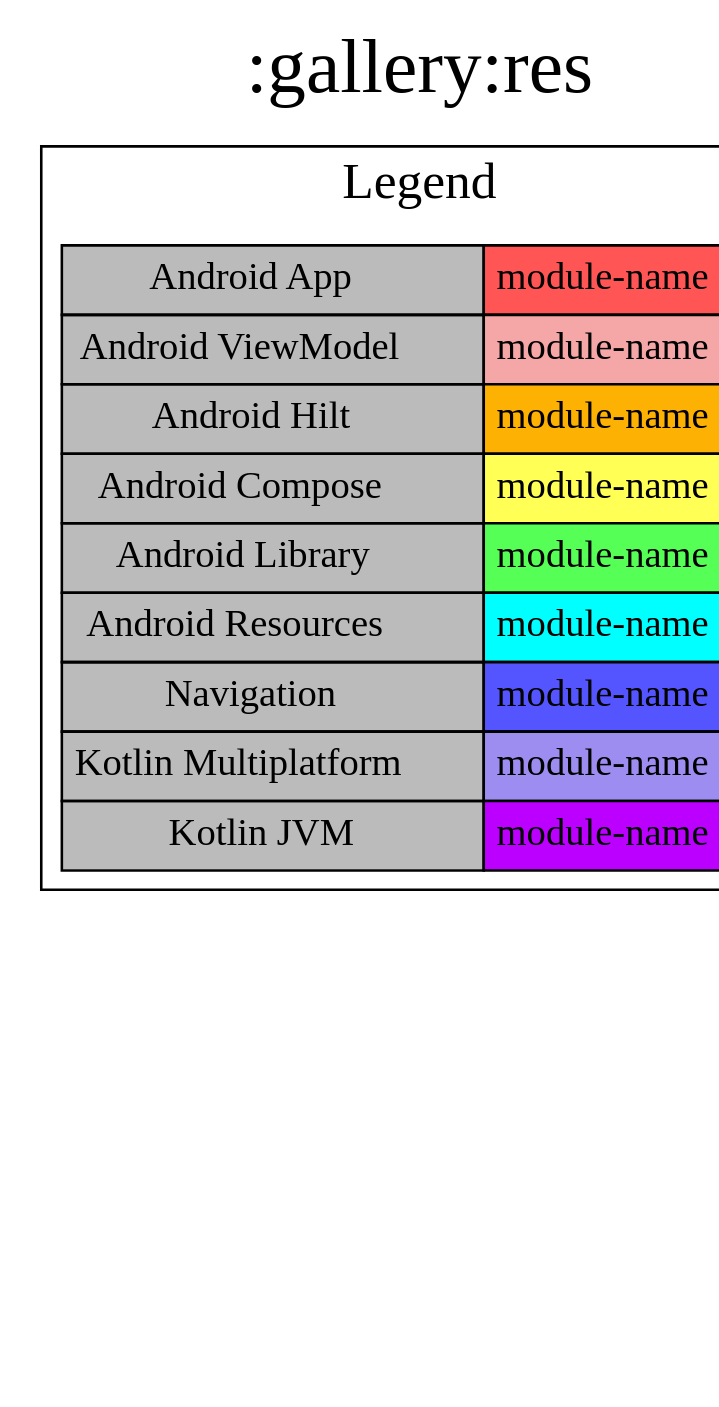
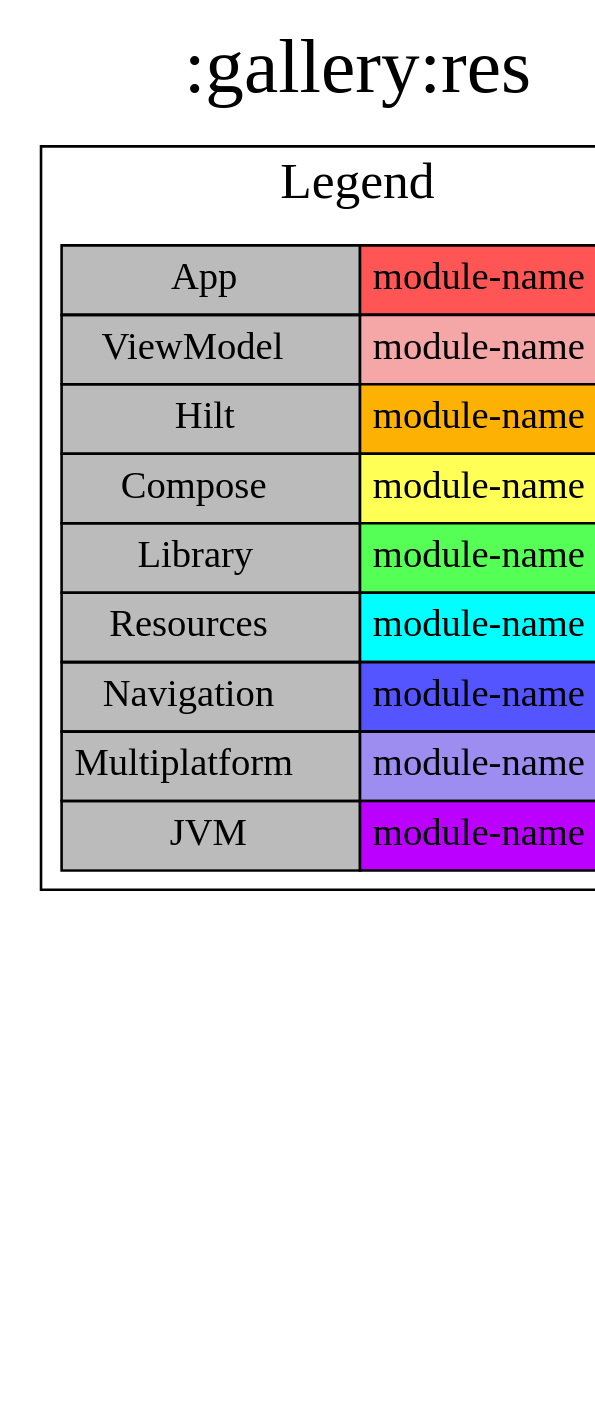
Before and after one commit to jonapoul/nasa-android: the diagram in modules/gallery/res/project-dependency-graph.dot, drawn with Graphviz. The commit also changed 236 other files, not shown here.

```diff
--- a/modules/gallery/res/project-dependency-graph.dot
+++ b/modules/gallery/res/project-dependency-graph.dot
@@ -1,28 +1,28 @@
 digraph {
 edge ["dir"="forward"]
 graph ["dpi"="100","label"=":gallery:res","labelloc"="t","fontsize"="30","ranksep"="2.5","rankdir"="TB"]
 node ["style"="filled"]
 ":gallery:res" ["shape"="box","fillcolor"="#00FFFF"]
 {
 edge ["dir"="none"]
 graph ["rank"="same"]
 ":gallery:res"
 }
 subgraph "cluster_legend" {
 edge ["dir"="none"]
 graph ["label"="Legend","fontsize"="20"]
 "Legend" ["style"="filled","fillcolor"="#bbbbbb","shape"="none","margin"="0","fontsize"="15","label"=<
 <TABLE BORDER="0" CELLBORDER="1" CELLSPACING="0" CELLPADDING="4">
-<TR><TD>Android App</TD><TD BGCOLOR="#FF5555">module-name</TD></TR>
-<TR><TD>Android ViewModel</TD><TD BGCOLOR="#F5A6A6">module-name</TD></TR>
-<TR><TD>Android Hilt</TD><TD BGCOLOR="#FCB103">module-name</TD></TR>
-<TR><TD>Android Compose</TD><TD BGCOLOR="#FFFF55">module-name</TD></TR>
-<TR><TD>Android Library</TD><TD BGCOLOR="#55FF55">module-name</TD></TR>
-<TR><TD>Android Resources</TD><TD BGCOLOR="#00FFFF">module-name</TD></TR>
+<TR><TD>App</TD><TD BGCOLOR="#FF5555">module-name</TD></TR>
+<TR><TD>ViewModel</TD><TD BGCOLOR="#F5A6A6">module-name</TD></TR>
+<TR><TD>Hilt</TD><TD BGCOLOR="#FCB103">module-name</TD></TR>
+<TR><TD>Compose</TD><TD BGCOLOR="#FFFF55">module-name</TD></TR>
+<TR><TD>Library</TD><TD BGCOLOR="#55FF55">module-name</TD></TR>
+<TR><TD>Resources</TD><TD BGCOLOR="#00FFFF">module-name</TD></TR>
 <TR><TD>Navigation</TD><TD BGCOLOR="#5555FF">module-name</TD></TR>
-<TR><TD>Kotlin Multiplatform</TD><TD BGCOLOR="#9D8DF1">module-name</TD></TR>
-<TR><TD>Kotlin JVM</TD><TD BGCOLOR="#BB00FF">module-name</TD></TR>
+<TR><TD>Multiplatform</TD><TD BGCOLOR="#9D8DF1">module-name</TD></TR>
+<TR><TD>JVM</TD><TD BGCOLOR="#BB00FF">module-name</TD></TR>
 </TABLE>
 >]
 } -> ":gallery:res" ["style"="invis"]
 }
```
